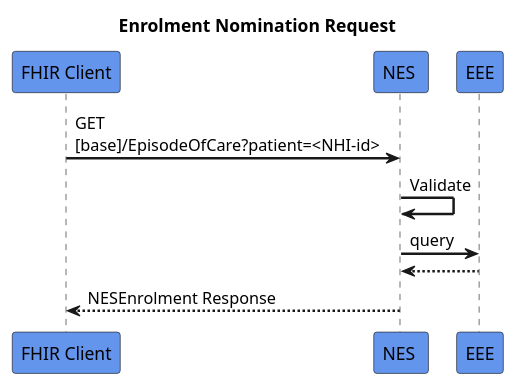
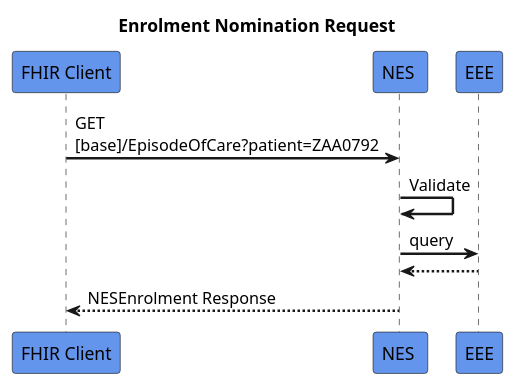
One commit to HL7NZ/nes-ig changed the diagram in input/images-source/get-enrolment.plantuml. Above: the diagram before and after it, drawn with PlantUML. The commit also changed 4 other files, not shown here.

```diff
--- a/input/images-source/get-enrolment.plantuml
+++ b/input/images-source/get-enrolment.plantuml
@@ -1,18 +1,18 @@
 @startuml
 skinparam sequenceArrowThickness 2
 skinparam roundcorner 5
 skinparam maxmessagesize 180
 skinparam sequenceParticipant bold
 title  Enrolment Nomination Request
 participant "FHIR Client" as A #CornflowerBlue
 participant "NES " as B #CornflowerBlue
 participant "EEE" as C #CornflowerBlue
 
-A -> B: GET [base]/EpisodeOfCare?patient=<NHI-id>
+A -> B: GET [base]/EpisodeOfCare?patient=ZAA0792
 B -> B: Validate
 B -> C: query
 C -[dashed]-> B:
 
 B -[dashed]-> A: NESEnrolment Response 
 
 @enduml
```
